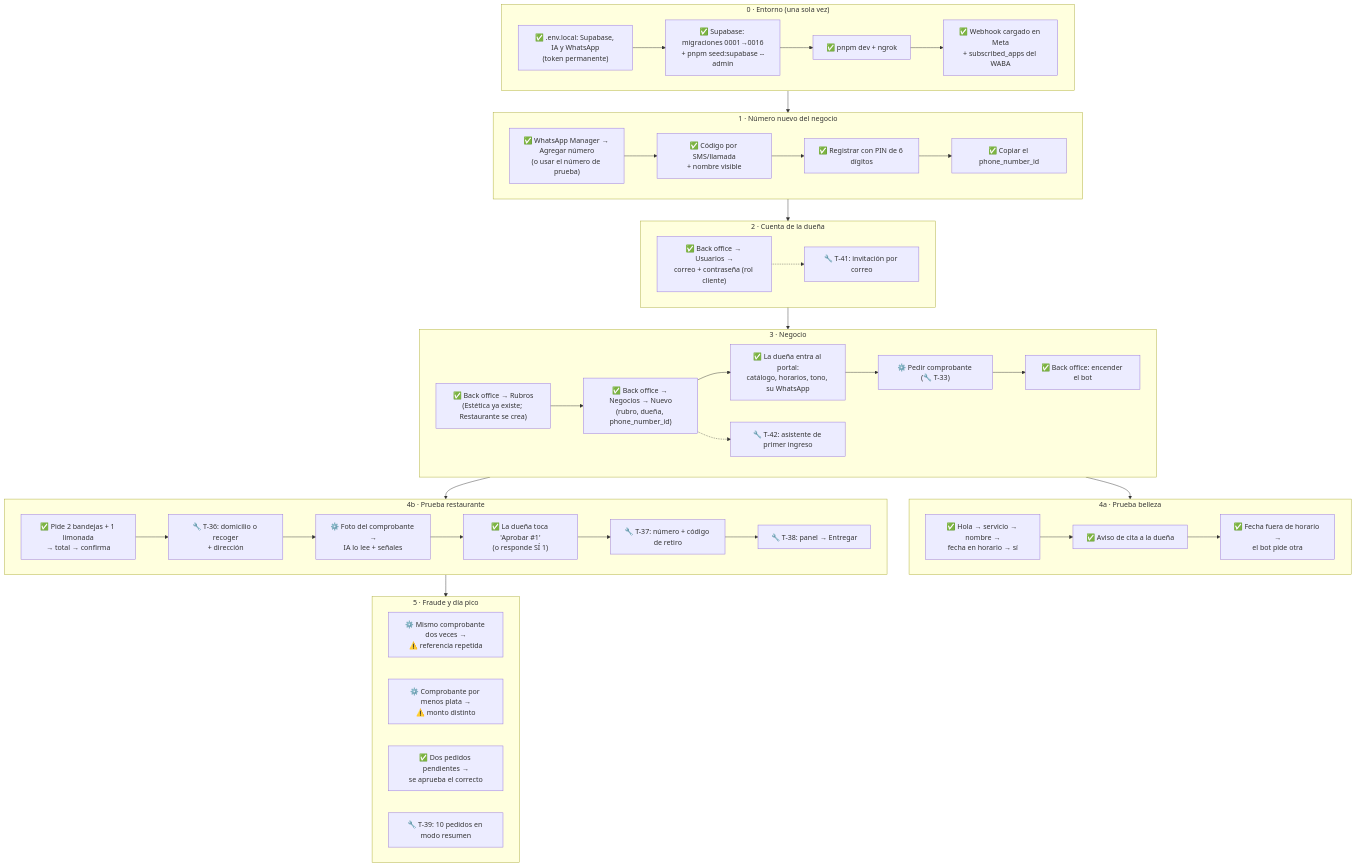
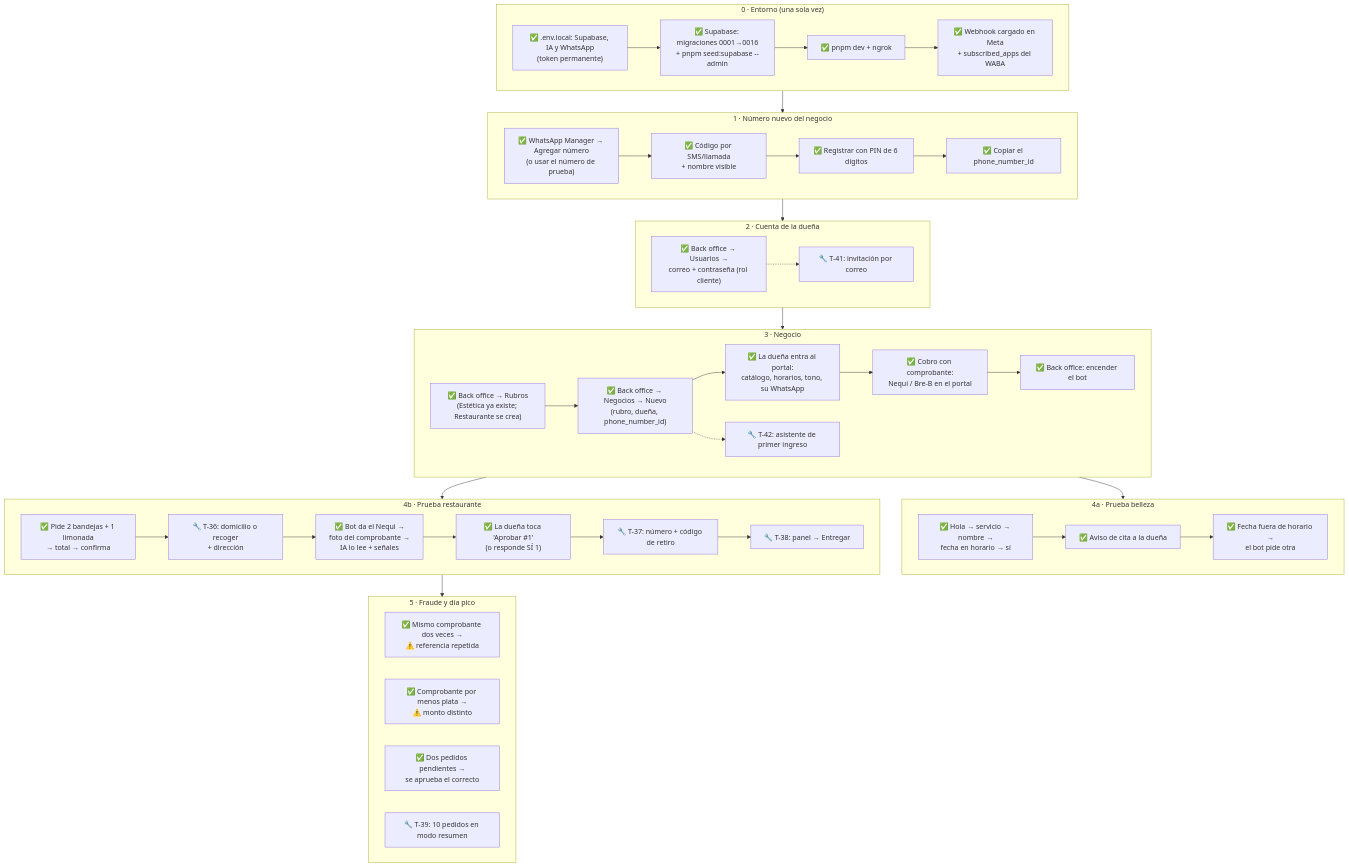
Before and after one commit to daniell41-dev/client-automation-bot: the diagram in docs/17-prueba-local.md, drawn with Mermaid. The commit also changed other lines of this file and 9 other files, not shown here.

````diff
--- a/docs/17-prueba-local.md
+++ b/docs/17-prueba-local.md
@@ -18,54 +18,54 @@
 ```mermaid
 flowchart TD
   subgraph E["0 · Entorno (una sola vez)"]
     E1["✅ .env.local: Supabase, IA y WhatsApp<br/>(token permanente)"] --> E2["✅ Supabase: migraciones 0001→0016<br/>+ pnpm seed:supabase --admin"]
     E2 --> E3["✅ pnpm dev + ngrok"]
     E3 --> E4["✅ Webhook cargado en Meta<br/>+ subscribed_apps del WABA"]
   end
 
   subgraph T["1 · Número nuevo del negocio"]
     T1["✅ WhatsApp Manager → Agregar número<br/>(o usar el número de prueba)"] --> T2["✅ Código por SMS/llamada<br/>+ nombre visible"]
     T2 --> T3["✅ Registrar con PIN de 6 dígitos"]
     T3 --> T4["✅ Copiar el phone_number_id"]
   end
 
   subgraph U["2 · Cuenta de la dueña"]
     U1["✅ Back office → Usuarios →<br/>correo + contraseña (rol cliente)"]
     U2["🔧 T-41: invitación por correo"]
     U1 -.-> U2
   end
 
   subgraph N["3 · Negocio"]
     N0["✅ Back office → Rubros<br/>(Estética ya existe; Restaurante se crea)"] --> N1["✅ Back office → Negocios → Nuevo<br/>(rubro, dueña, phone_number_id)"]
     N1 --> N2["✅ La dueña entra al portal:<br/>catálogo, horarios, tono, su WhatsApp"]
-    N2 --> N3["⚙️ Pedir comprobante (🔧 T-33)"]
+    N2 --> N3["✅ Cobro con comprobante:<br/>Nequi / Bre-B en el portal"]
     N3 --> N5["✅ Back office: encender el bot"]
     N4["🔧 T-42: asistente de primer ingreso"]
     N1 -.-> N4
   end
 
   subgraph B["4a · Prueba belleza"]
     B1["✅ Hola → servicio → nombre →<br/>fecha en horario → sí"] --> B2["✅ Aviso de cita a la dueña"]
     B2 --> B3["✅ Fecha fuera de horario →<br/>el bot pide otra"]
   end
 
   subgraph R["4b · Prueba restaurante"]
     R1["✅ Pide 2 bandejas + 1 limonada<br/>→ total → confirma"] --> R2["🔧 T-36: domicilio o recoger<br/>+ dirección"]
-    R2 --> R3["⚙️ Foto del comprobante →<br/>IA lo lee + señales"]
+    R2 --> R3["✅ Bot da el Nequi →<br/>foto del comprobante →<br/>IA lo lee + señales"]
     R3 --> R4["✅ La dueña toca 'Aprobar #1'<br/>(o responde SÍ 1)"]
     R4 --> R5["🔧 T-37: número + código de retiro"]
     R5 --> R6["🔧 T-38: panel → Entregar"]
   end
 
   subgraph F["5 · Fraude y día pico"]
-    F1["⚙️ Mismo comprobante dos veces →<br/>⚠️ referencia repetida"]
-    F2["⚙️ Comprobante por menos plata →<br/>⚠️ monto distinto"]
+    F1["✅ Mismo comprobante dos veces →<br/>⚠️ referencia repetida"]
+    F2["✅ Comprobante por menos plata →<br/>⚠️ monto distinto"]
     F3["✅ Dos pedidos pendientes →<br/>se aprueba el correcto"]
     F4["🔧 T-39: 10 pedidos en modo resumen"]
   end
 
   E --> T --> U --> N
   N --> B
   N --> R
   R --> F
 ```
````
